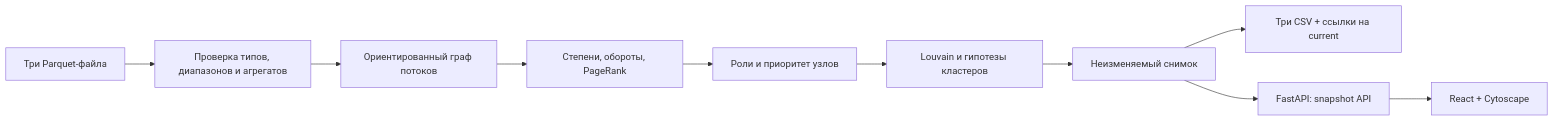
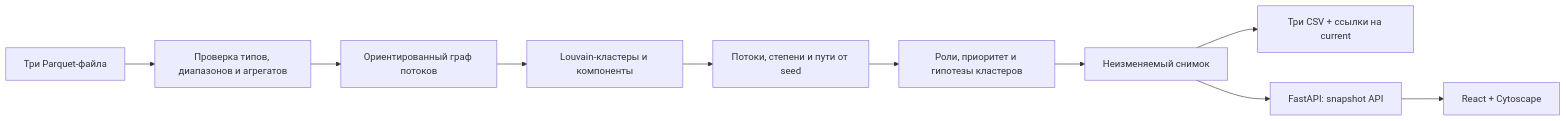
Before and after one commit to BAITC-Hacks/hack-6fcd7f48-agentforge: the diagram in docs/architecture.md, drawn with Mermaid. The commit also changed other lines of this file and 13 other files, not shown here.

````diff
--- a/docs/architecture.md
+++ b/docs/architecture.md
@@ -5,12 +5,12 @@
 ```mermaid
 flowchart LR
     P[Три Parquet-файла] --> V[Проверка типов, диапазонов и агрегатов]
     V --> G[Ориентированный граф потоков]
-    G --> M[Степени, обороты, PageRank]
-    M --> R[Роли и приоритет узлов]
-    R --> C[Louvain и гипотезы кластеров]
-    C --> S[Неизменяемый снимок]
+    G --> C[Louvain-кластеры и компоненты]
+    C --> M[Потоки, степени и пути от seed]
+    M --> R[Роли, приоритет и гипотезы кластеров]
+    R --> S[Неизменяемый снимок]
     S --> CSV[Три CSV + ссылки на current]
     S --> API[FastAPI: snapshot API]
     API --> UI[React + Cytoscape]
 ```
````
